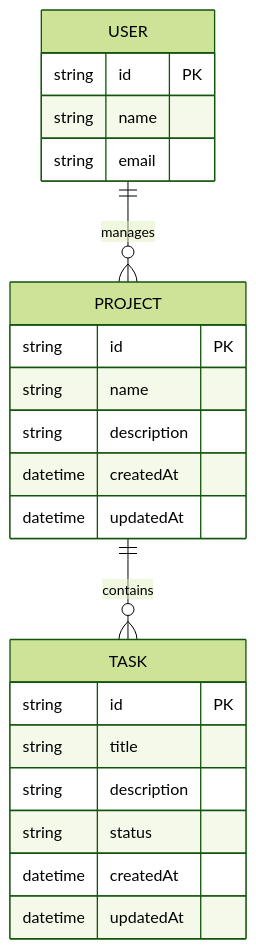
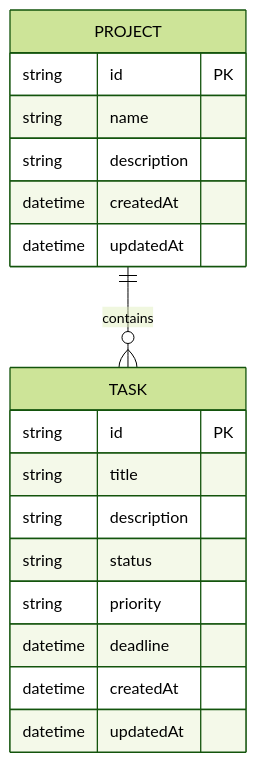
Before and after one commit to kanishksharma04/Smart-Task-Management-System: the diagram in diagrams/er_diagram.md, drawn with Mermaid (forest theme). The commit also changed other lines of this file and 1 other file, not shown here.

Commit message:
maded er_diagram.md

````diff
--- a/diagrams/er_diagram.md
+++ b/diagrams/er_diagram.md
@@ -3,25 +3,23 @@
 ```mermaid
 erDiagram
-    USER ||--o{ PROJECT : manages
     PROJECT ||--o{ TASK : contains
-    USER {
-        string id PK
-        string name
-        string email
-    }
+
     PROJECT {
         string id PK
         string name
         string description
         datetime createdAt
         datetime updatedAt
     }
+
     TASK {
         string id PK
         string title
         string description
         string status
+        string priority
+        datetime deadline
         datetime createdAt
         datetime updatedAt
     }
 ```
````
